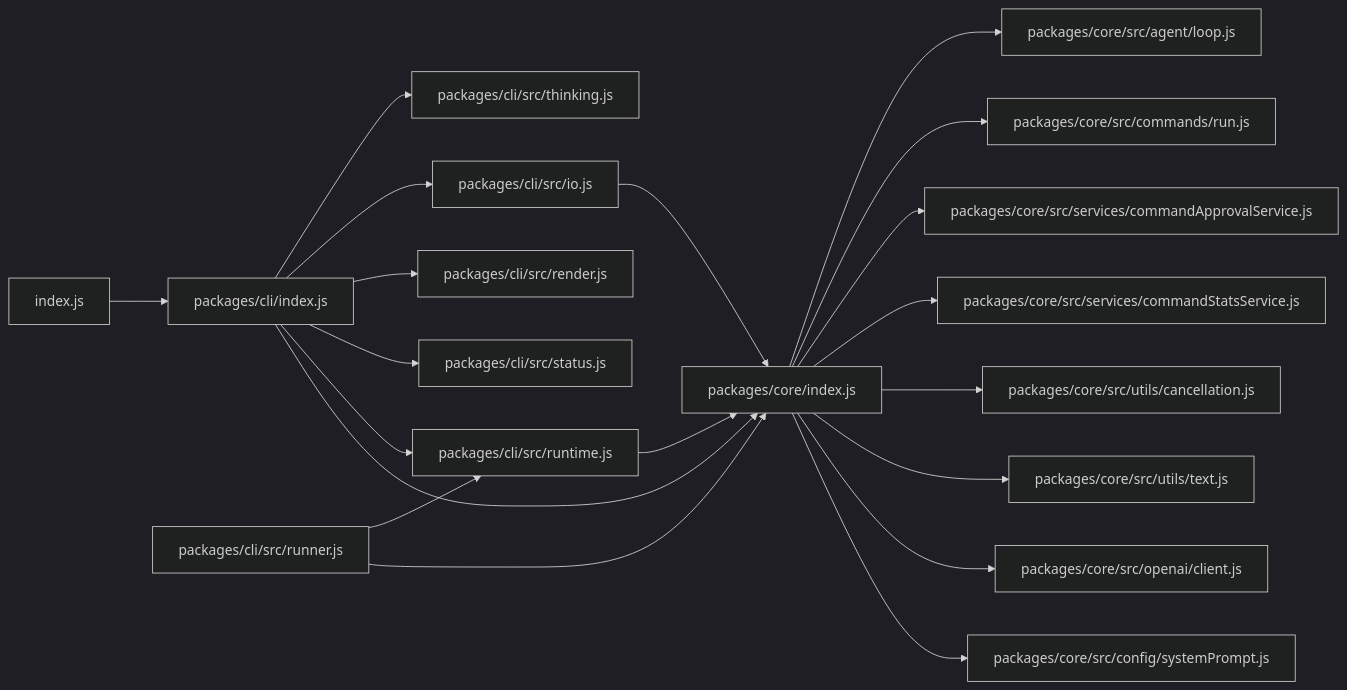
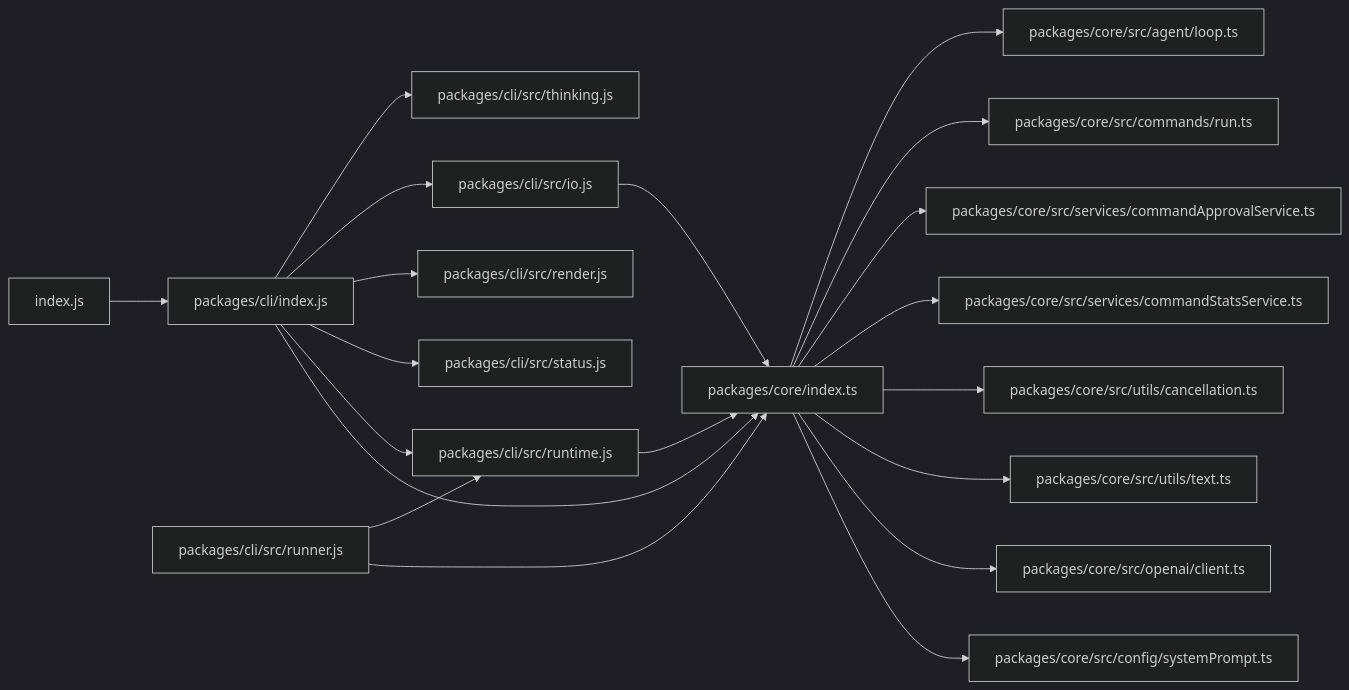
Before and after one commit to asynkron/OpenAgent: the diagram in docs/js-dependency-graph.md, drawn with Mermaid (dark theme). The commit also changed 141 other files, not shown here.

````diff
--- a/docs/js-dependency-graph.md
+++ b/docs/js-dependency-graph.md
@@ -5,22 +5,22 @@
 ```mermaid
 graph LR
   root_index["index.js"] --> cli_index["packages/cli/index.js"]
   cli_index --> cli_thinking["packages/cli/src/thinking.js"]
   cli_index --> cli_io["packages/cli/src/io.js"]
   cli_index --> cli_render["packages/cli/src/render.js"]
   cli_index --> cli_status["packages/cli/src/status.js"]
   cli_index --> cli_runtime["packages/cli/src/runtime.js"]
-  cli_index --> core_index["packages/core/index.js"]
+  cli_index --> core_index["packages/core/index.ts"]
   cli_runtime --> core_index
   cli_runner["packages/cli/src/runner.js"] --> cli_runtime
   cli_runner --> core_index
   cli_io --> core_index
-  core_index --> core_agent_loop["packages/core/src/agent/loop.js"]
-  core_index --> core_commands_run["packages/core/src/commands/run.js"]
-  core_index --> core_services_approval["packages/core/src/services/commandApprovalService.js"]
-  core_index --> core_services_stats["packages/core/src/services/commandStatsService.js"]
-  core_index --> core_utils_cancellation["packages/core/src/utils/cancellation.js"]
-  core_index --> core_utils_text["packages/core/src/utils/text.js"]
-  core_index --> core_openai_client["packages/core/src/openai/client.js"]
-  core_index --> core_config_prompt["packages/core/src/config/systemPrompt.js"]
+  core_index --> core_agent_loop["packages/core/src/agent/loop.ts"]
+  core_index --> core_commands_run["packages/core/src/commands/run.ts"]
+  core_index --> core_services_approval["packages/core/src/services/commandApprovalService.ts"]
+  core_index --> core_services_stats["packages/core/src/services/commandStatsService.ts"]
+  core_index --> core_utils_cancellation["packages/core/src/utils/cancellation.ts"]
+  core_index --> core_utils_text["packages/core/src/utils/text.ts"]
+  core_index --> core_openai_client["packages/core/src/openai/client.ts"]
+  core_index --> core_config_prompt["packages/core/src/config/systemPrompt.ts"]
 ```
````
